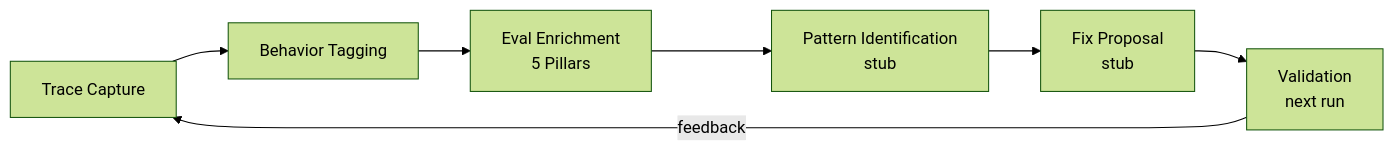
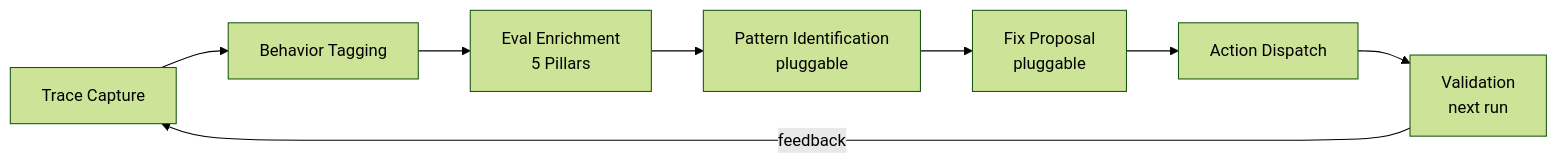
One commit to Aureliolo/synthorg changed the diagram in docs/design/evaluation-loop.md. Above: the diagram before and after it, drawn with Mermaid (forest theme). The commit also changed other lines of this file and 51 other files, not shown here.

````diff
--- a/docs/design/evaluation-loop.md
+++ b/docs/design/evaluation-loop.md
@@ -12,9 +12,10 @@
 ```mermaid
 flowchart LR
     T[Trace Capture] --> BT[Behavior Tagging]
     BT --> EE[Eval Enrichment<br/>5 Pillars]
-    EE --> PI[Pattern Identification<br/>stub]
-    PI --> FP[Fix Proposal<br/>stub]
-    FP --> V[Validation<br/>next run]
+    EE --> PI[Pattern Identification<br/>pluggable]
+    PI --> FP[Fix Proposal<br/>pluggable]
+    FP --> D[Action Dispatch]
+    D --> V[Validation<br/>next run]
     V -->|feedback| T
 ```
````
